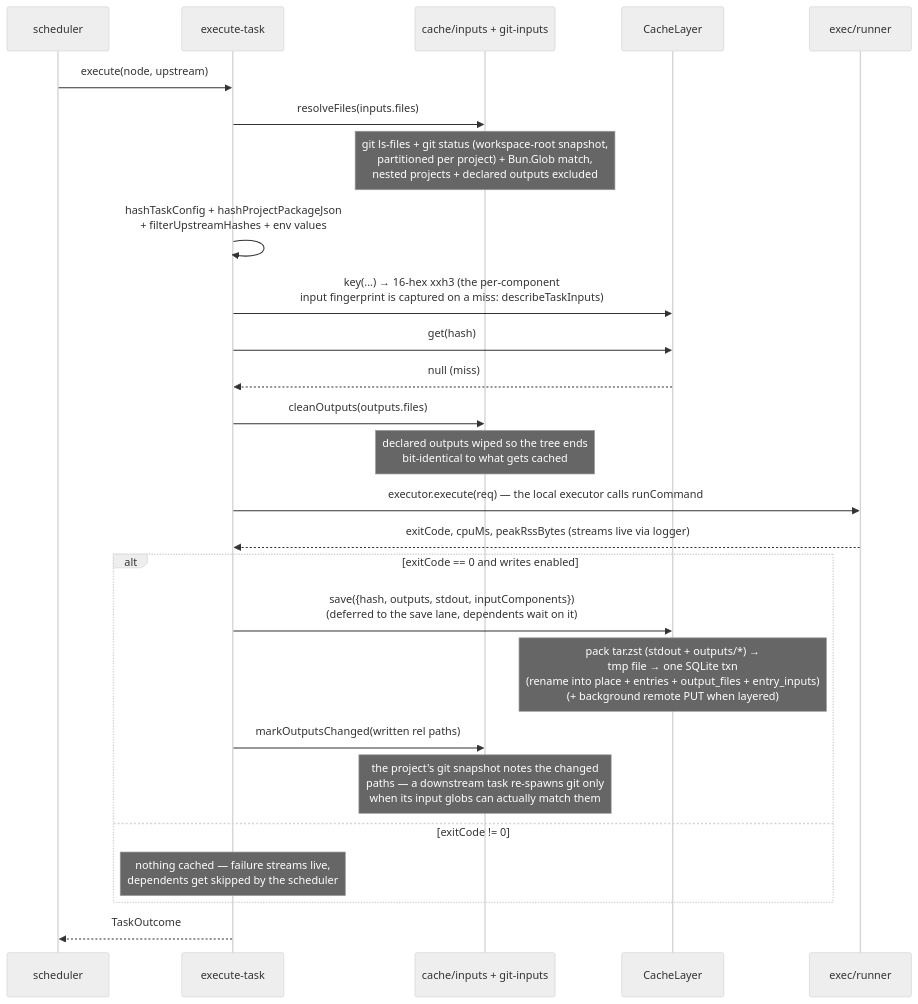
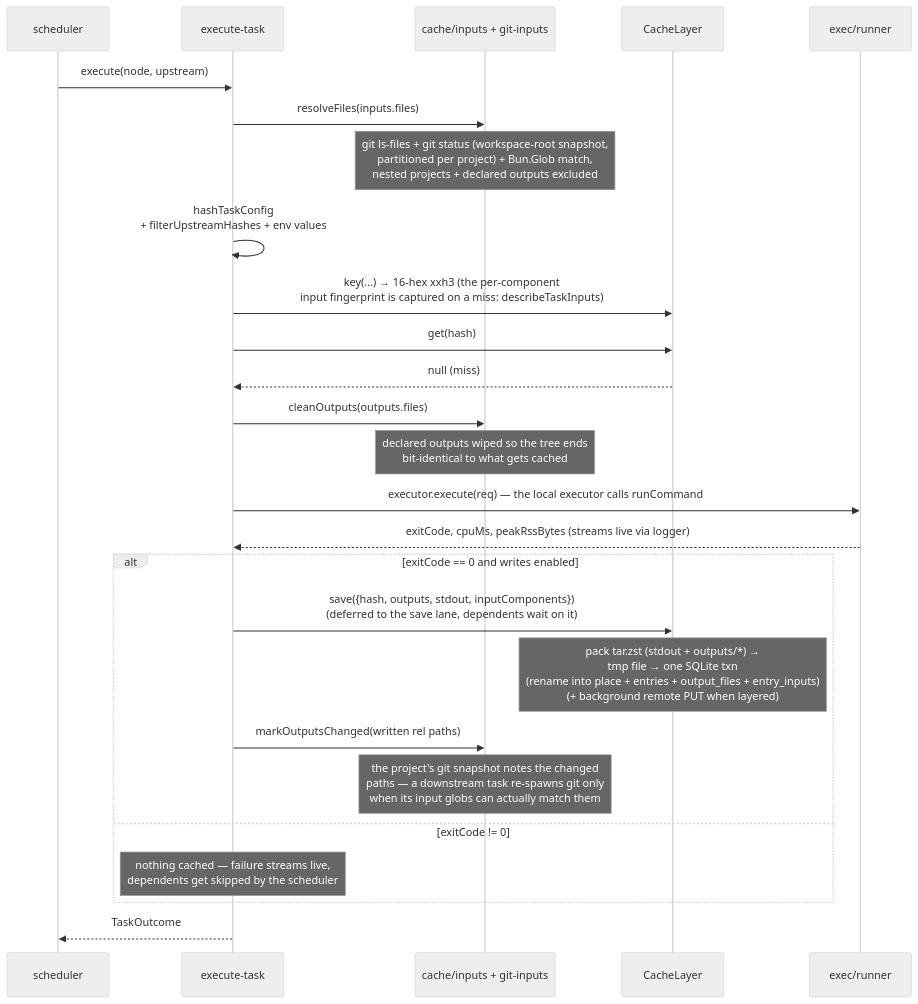
Before and after one commit to vznjs/vx: the first of 10 diagrams in packages/vx/docs/flows.md, drawn with Mermaid (neutral theme). The commit also changed other lines of this file and 136 other files, not shown here.

````diff
--- a/packages/vx/docs/flows.md
+++ b/packages/vx/docs/flows.md
@@ -16,29 +16,29 @@
 ```mermaid
 sequenceDiagram
     participant S as scheduler
     participant X as execute-task
     participant I as cache/inputs + git-inputs
     participant C as CacheLayer
     participant R as exec/runner
 
     S->>X: execute(node, upstream)
     X->>I: resolveFiles(inputs.files)
     Note over I: git ls-files + git status (workspace-root snapshot,<br/>partitioned per project) + Bun.Glob match,<br/>nested projects + declared outputs excluded
-    X->>X: hashTaskConfig + hashProjectPackageJson<br/>+ filterUpstreamHashes + env values
+    X->>X: hashTaskConfig<br/>+ filterUpstreamHashes + env values
     X->>C: key(...) → 16-hex xxh3 (the per-component<br/>input fingerprint is captured on a miss: describeTaskInputs)
     X->>C: get(hash)
     C-->>X: null (miss)
     X->>I: cleanOutputs(outputs.files)
     Note over I: declared outputs wiped so the tree ends<br/>bit-identical to what gets cached
     X->>R: executor.execute(req) — the local executor calls runCommand
     R-->>X: exitCode, cpuMs, peakRssBytes (streams live via logger)
     alt exitCode == 0 and writes enabled
         X->>C: save({hash, outputs, stdout, inputComponents})<br/>(deferred to the save lane, dependents wait on it)
         Note over C: pack tar.zst (stdout + outputs/*) →<br/>tmp file → one SQLite txn<br/>(rename into place + entries + output_files + entry_inputs)<br/>(+ background remote PUT when layered)
         X->>I: markOutputsChanged(written rel paths)
         Note over I: the project's git snapshot notes the changed<br/>paths — a downstream task re-spawns git only<br/>when its input globs can actually match them
     else exitCode != 0
         Note over X: nothing cached — failure streams live,<br/>dependents get skipped by the scheduler
     end
     X-->>S: TaskOutcome
 ```
````
